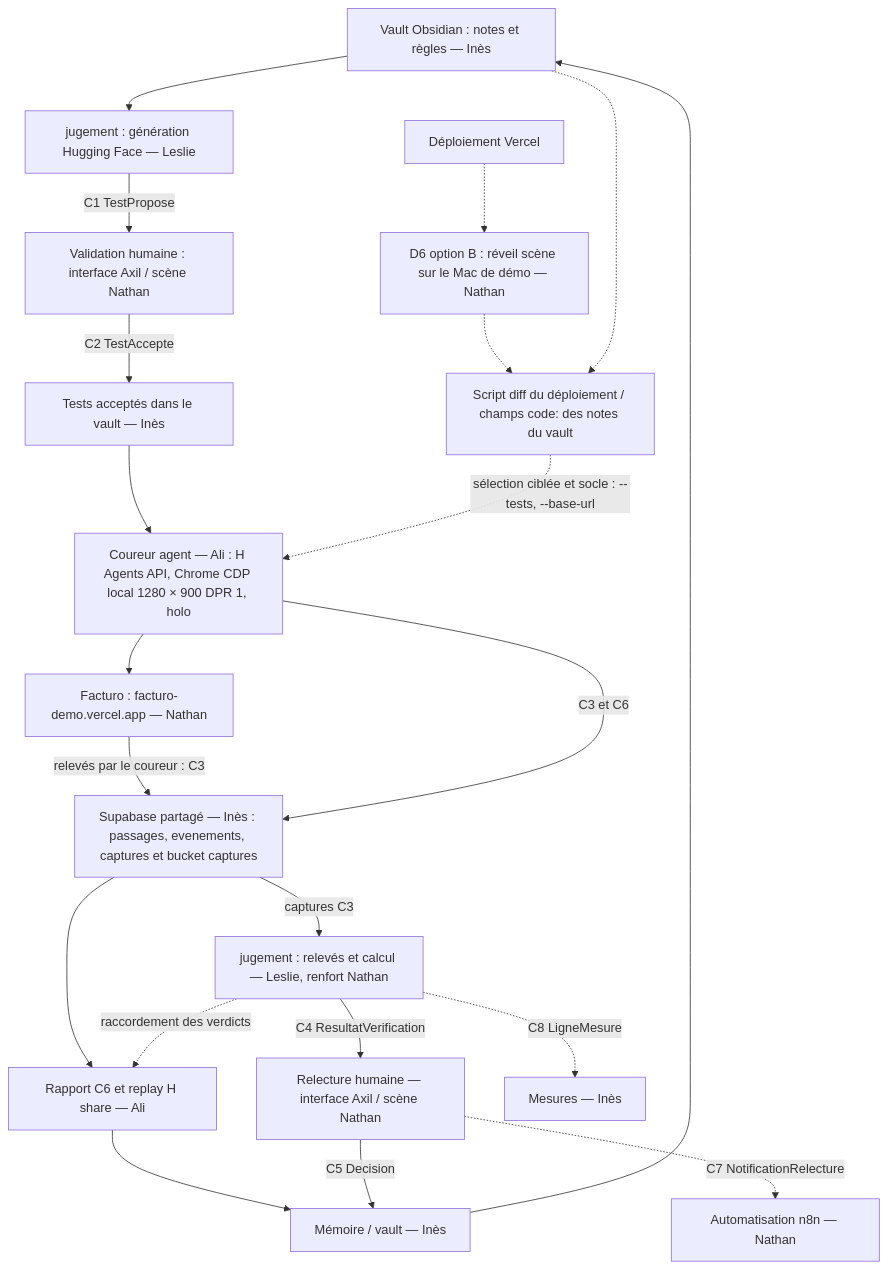
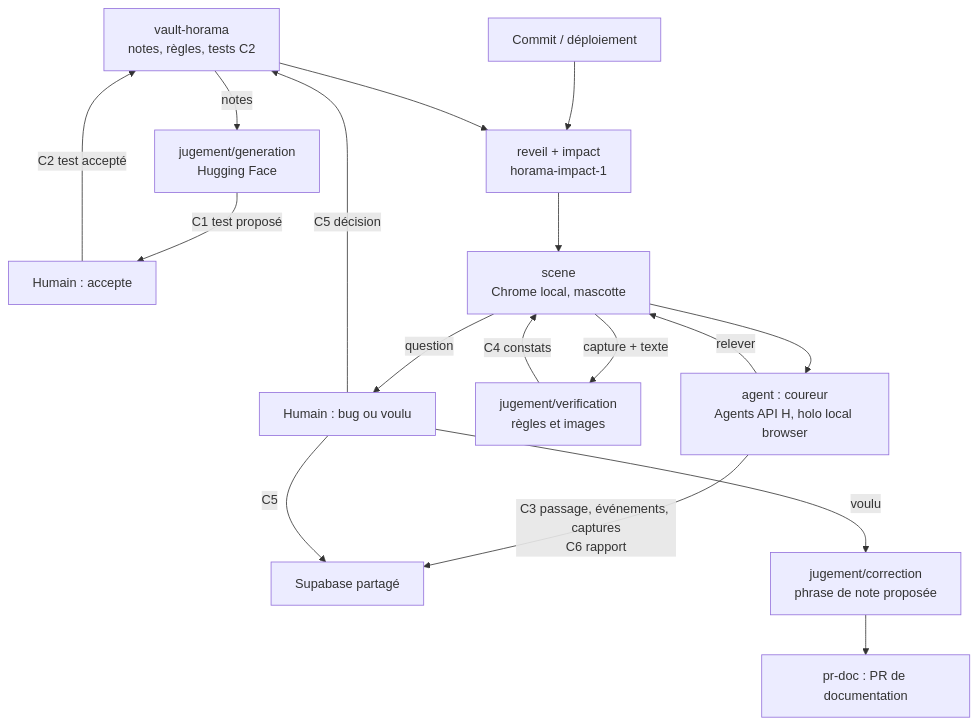
Before and after one commit to Hisseiny/Horama-: the second of 3 diagrams in README.md, drawn with Mermaid. The commit also changed other lines of this file, not shown here.

Commit message:
README : document d'architecture pour le rendu du 18/11 (deux modes, site d'Eugenia, briques, chiffres mesurés)

````diff
--- a/README.md
+++ b/README.md
@@ -15,23 +76,19 @@
 ```mermaid
 flowchart TD
-  V["Vault Obsidian : notes et règles — Inès"] --> G["jugement : génération Hugging Face — Leslie"]
-  G -->|C1 TestPropose| H["Validation humaine : interface Axil / scène Nathan"]
-  H -->|C2 TestAccepte| T["Tests acceptés dans le vault — Inès"]
-  T --> A["Coureur agent — Ali : H Agents API, Chrome CDP local 1280 × 900 DPR 1, holo"]
-  A --> F["Facturo : facturo-demo.vercel.app — Nathan"]
-  F -->|relevés par le coureur : C3| S["Supabase partagé — Inès : passages, evenements, captures et bucket captures"]
-  A -->|C3 et C6| S
-  S --> R["Rapport C6 et replay H share — Ali"]
-  R --> M["Mémoire / vault — Inès"]
-  M --> V
-  S -->|captures C3| J["jugement : relevés et calcul — Leslie, renfort Nathan"]
-  J -->|C4 ResultatVerification| Q["Relecture humaine — interface Axil / scène Nathan"]
-  Q -->|C5 Decision| M
-  J -.->|raccordement des verdicts| R
-  Q -.->|C7 NotificationRelecture| N["Automatisation n8n — Nathan"]
-  J -.->|C8 LigneMesure| B["Mesures — Inès"]
-  D["Déploiement Vercel"] -.-> SC["D6 option B : réveil scène sur le Mac de démo — Nathan"]
-  SC -.-> DI["Script diff du déploiement / champs code: des notes du vault"]
-  V -.-> DI
-  DI -.->|sélection ciblée et socle : --tests, --base-url| A
+  V["vault-horama<br/>notes, règles, tests C2"] -->|notes| G["jugement/generation<br/>Hugging Face"]
+  G -->|C1 test proposé| HU["Humain : accepte"]
+  HU -->|C2 test accepté| V
+  GIT["Commit / déploiement"] --> RE["reveil + impact<br/>horama-impact-1"]
+  V --> RE
+  RE --> SC["scene<br/>Chrome local, mascotte"]
+  SC --> AG["agent : coureur<br/>Agents API H, holo local browser"]
+  AG -->|relever| SC
+  SC -->|capture + texte| JV["jugement/verification<br/>règles et images"]
+  JV -->|C4 constats| SC
+  AG -->|C3 passage, événements, captures<br/>C6 rapport| DB["Supabase partagé"]
+  SC -->|question| H2["Humain : bug ou voulu"]
+  H2 -->|C5 décision| V
+  H2 -->|C5| DB
+  H2 -->|voulu| JC["jugement/correction<br/>phrase de note proposée"]
+  JC --> PR["pr-doc : PR de documentation"]
 ```
````
